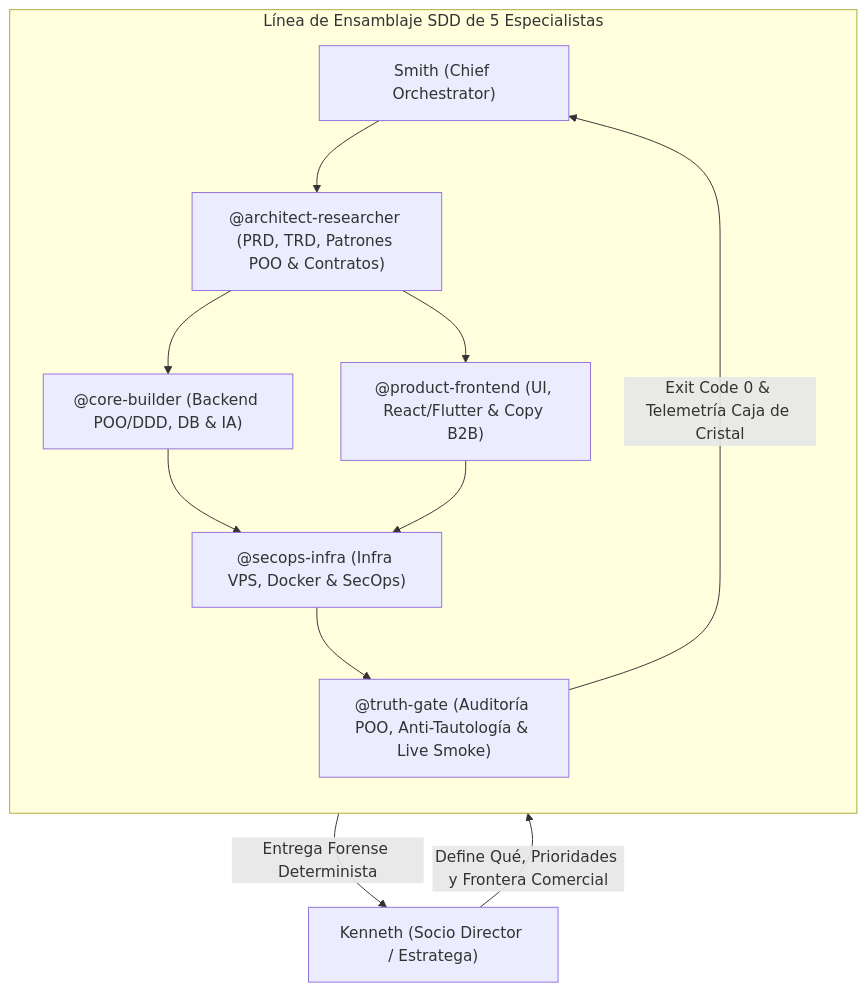
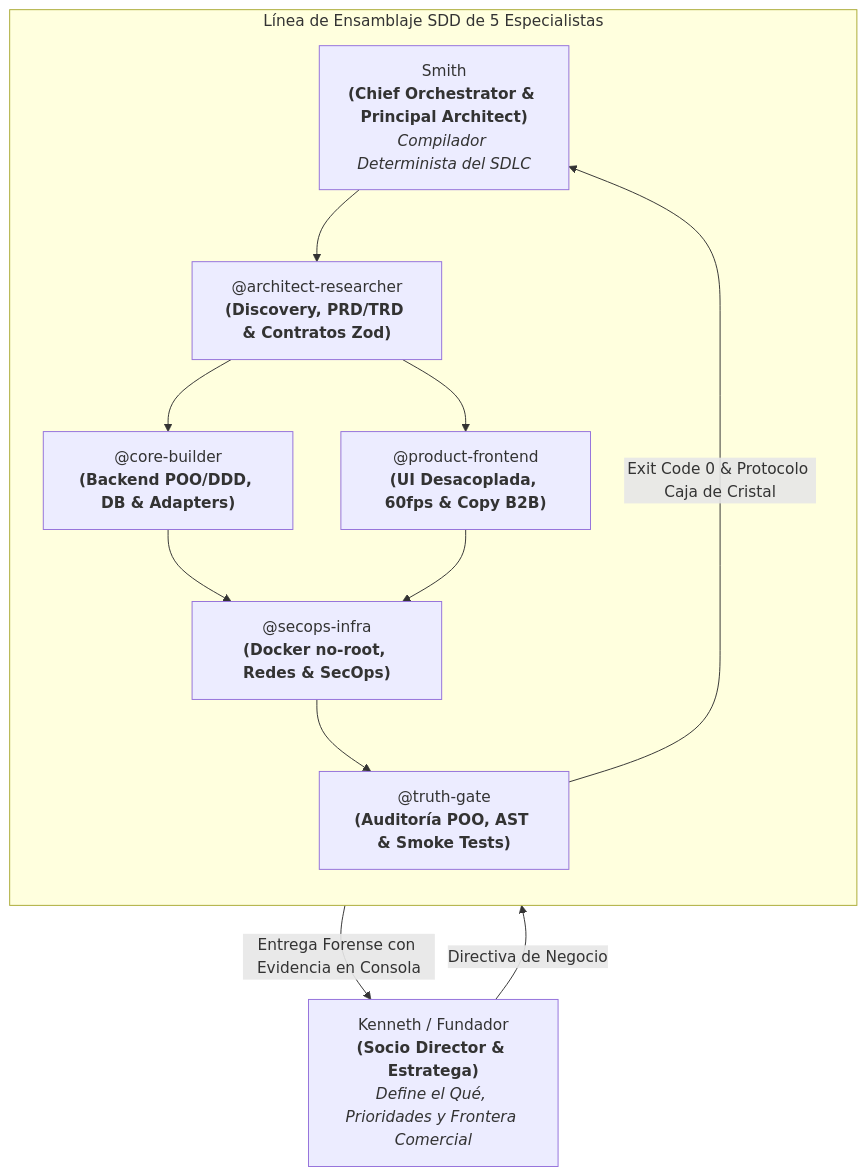
The first of 2 diagrams in README.md (thequantpartners/agentic-engineering-os), drawn with Mermaid before and after one commit. The commit also changed other lines of this file, not shown here.

````diff
--- a/README.md
+++ b/README.md
@@ -24,13 +73,16 @@
 ```mermaid
 flowchart TD
-    K["Kenneth (Socio Director / Estratega)"] -->|Define Qué, Prioridades y Frontera Comercial| S["Smith (Chief Orchestrator)"]
+    K["Kenneth / Fundador<br/><b>(Socio Director & Estratega)</b><br/><i>Define el Qué, Prioridades y Frontera Comercial</i>"] -->|Directiva de Negocio| S["Smith<br/><b>(Chief Orchestrator & Principal Architect)</b><br/><i>Compilador Determinista del SDLC</i>"]
+    
     subgraph SDLC ["Línea de Ensamblaje SDD de 5 Especialistas"]
         direction TB
-        S --> AR["@architect-researcher (PRD, TRD, Patrones POO & Contratos)"]
-        AR --> CB["@core-builder (Backend POO/DDD, DB & IA)"]
-        AR --> PF["@product-frontend (UI, React/Flutter & Copy B2B)"]
-        CB & PF --> SI["@secops-infra (Infra VPS, Docker & SecOps)"]
-        SI --> TG["@truth-gate (Auditoría POO, Anti-Tautología & Live Smoke)"]
+        S --> AR["@architect-researcher<br/><b>(Discovery, PRD/TRD & Contratos Zod)</b>"]
+        AR --> CB["@core-builder<br/><b>(Backend POO/DDD, DB & Adapters)</b>"]
+        AR --> PF["@product-frontend<br/><b>(UI Desacoplada, 60fps & Copy B2B)</b>"]
+        CB & PF --> SI["@secops-infra<br/><b>(Docker no-root, Redes & SecOps)</b>"]
+        SI --> TG["@truth-gate<br/><b>(Auditoría POO, AST & Smoke Tests)</b>"]
     end
-    TG -->|Exit Code 0 & Telemetría Caja de Cristal| S -->|Entrega Forense Determinista| K
+    
+    TG -->|Exit Code 0 & Protocolo Caja de Cristal| S
+    S -->|Entrega Forense con Evidencia en Consola| K
 ```
````
